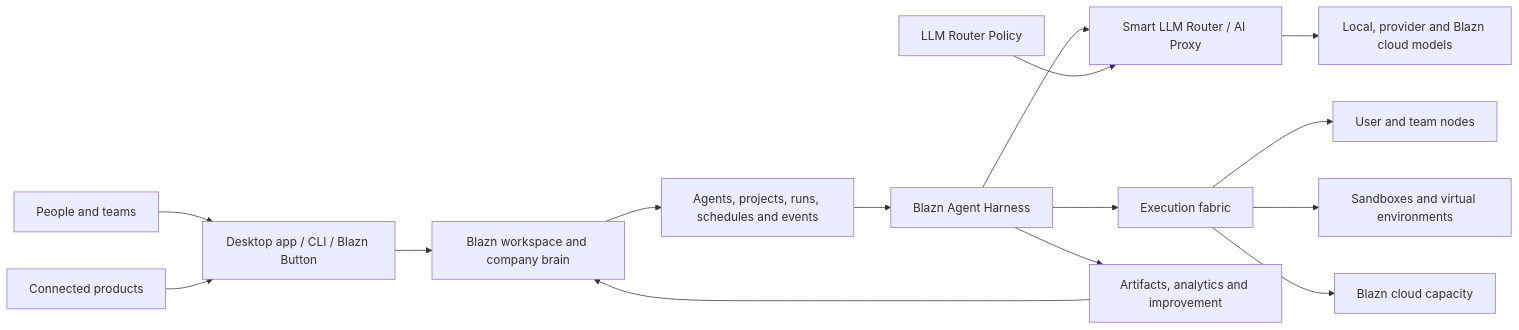
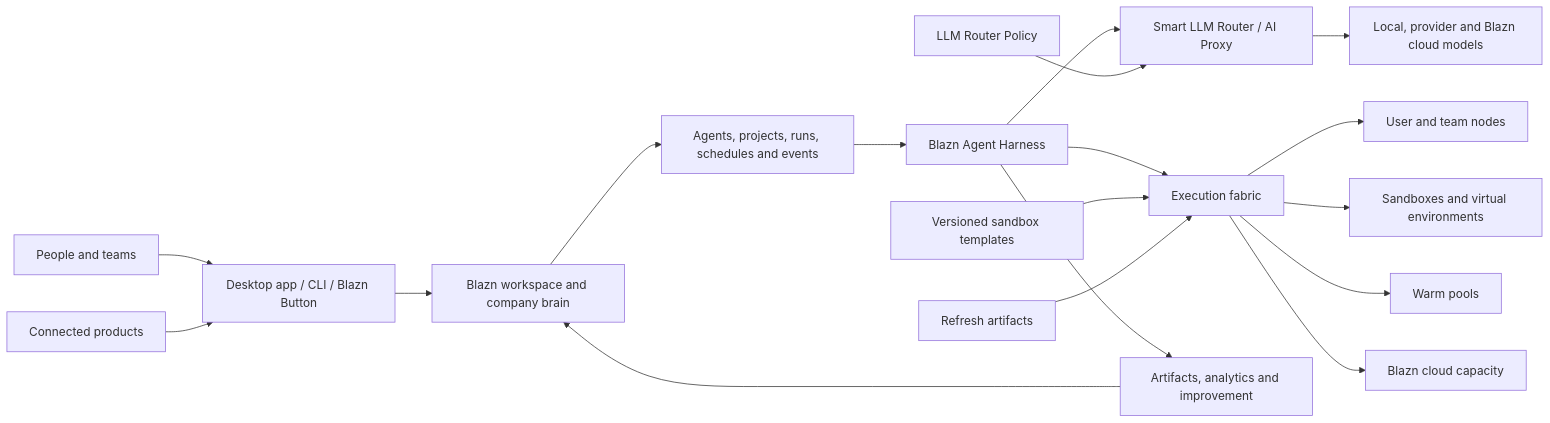
The diagram in docs/product-overview.md (blazncloud/blazn), drawn with Mermaid before and after one commit. The commit also changed other lines of this file, not shown here.

Commit message:
docs: define sandbox templates and refreshes

````diff
--- a/docs/product-overview.md
+++ b/docs/product-overview.md
@@ -790,17 +1086,20 @@
 ```mermaid
 flowchart LR
     People[People and teams] --> Clients[Desktop app / CLI / Blazn Button]
     Products[Connected products] --> Clients
     Clients --> Workspace[Blazn workspace and company brain]
     Workspace --> Orchestration[Agents, projects, runs, schedules and events]
     Orchestration --> Harness[Blazn Agent Harness]
     Harness --> Router[Smart LLM Router / AI Proxy]
     Harness --> Execution[Execution fabric]
     Policy[LLM Router Policy] --> Router
     Router --> Models[Local, provider and Blazn cloud models]
+    Templates[Versioned sandbox templates] --> Execution
+    Refreshes[Refresh artifacts] --> Execution
     Execution --> Nodes[User and team nodes]
     Execution --> Sandboxes[Sandboxes and virtual environments]
+    Execution --> WarmPools[Warm pools]
     Execution --> Cloud[Blazn cloud capacity]
     Harness --> Memory[Artifacts, analytics and improvement]
     Memory --> Workspace
 ```
````
